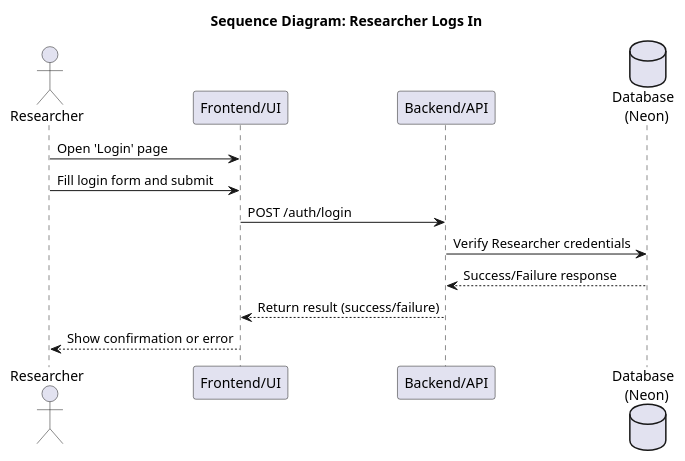
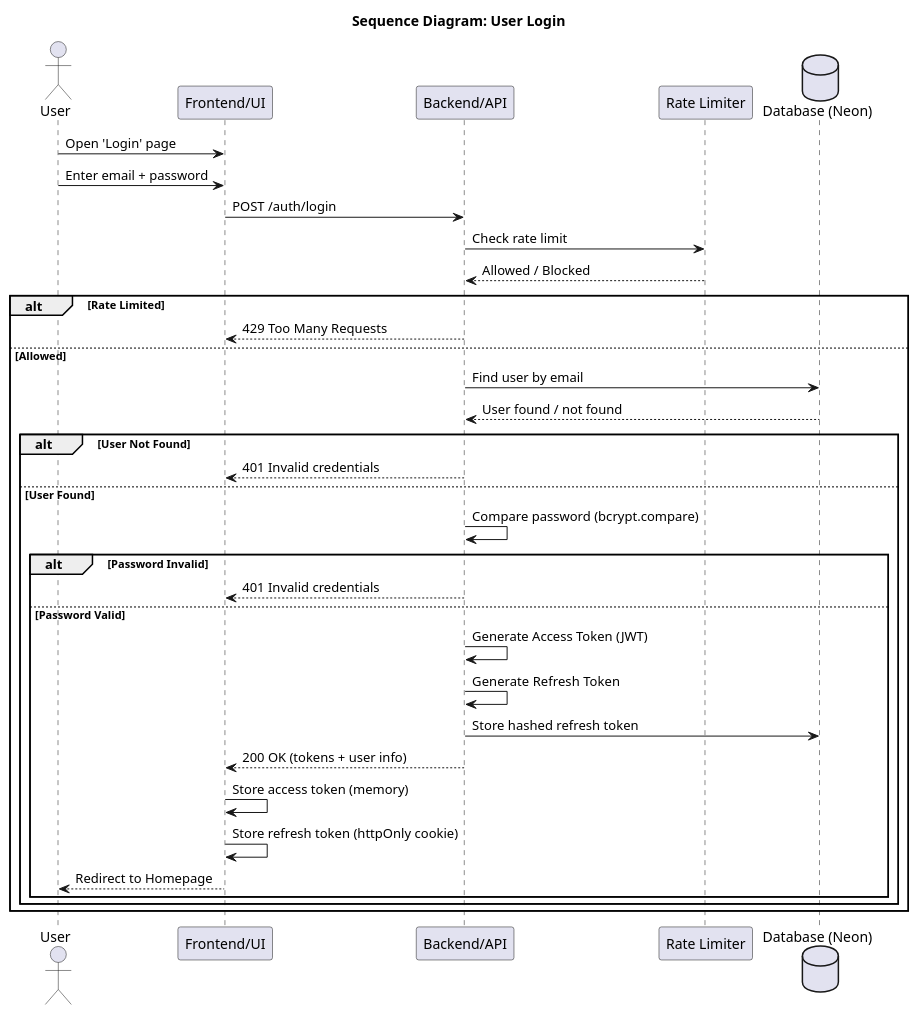
One commit to punyanuch-h/trl-research-frontend changed the diagram in sequence diagram/user/user_login.puml. Above: the diagram before and after it, drawn with PlantUML. The commit also changed 30 other files, not shown here.

First line of the commit message:
Fix/sq diagram (#95)

```diff
--- a/sequence diagram/user/user_login.puml
+++ b/sequence diagram/user/user_login.puml
@@ -1,17 +1,43 @@
 @startuml
-title Sequence Diagram: Researcher Logs In
+title Sequence Diagram: User Login
 
-actor Researcher
+actor User
 participant "Frontend/UI" as UI
 participant "Backend/API" as API
-database "Database \n (Neon)" as DB
+participant "Rate Limiter" as RL
+database "Database (Neon)" as DB
 
-Researcher -> UI: Open 'Login' page
-Researcher -> UI: Fill login form and submit
+User -> UI: Open 'Login' page
+
+User -> UI: Enter email + password
 UI -> API: POST /auth/login
-API -> DB: Verify Researcher credentials
-DB --> API: Success/Failure response
-API --> UI: Return result (success/failure)
-UI --> Researcher: Show confirmation or error
+
+API -> RL: Check rate limit
+RL --> API: Allowed / Blocked
+
+alt Rate Limited
+    API --> UI: 429 Too Many Requests
+else Allowed
+    API -> DB: Find user by email
+    DB --> API: User found / not found
+
+    alt User Not Found
+        API --> UI: 401 Invalid credentials
+    else User Found
+        API -> API: Compare password (bcrypt.compare)
+
+        alt Password Invalid
+            API --> UI: 401 Invalid credentials
+        else Password Valid
+            API -> API: Generate Access Token (JWT)
+            API -> API: Generate Refresh Token
+            API -> DB: Store hashed refresh token
+            API --> UI: 200 OK (tokens + user info)
+            UI -> UI: Store access token (memory)
+            UI -> UI: Store refresh token (httpOnly cookie)
+            UI --> User: Redirect to Homepage
+        end
+    end
+end
 
 @enduml
```
